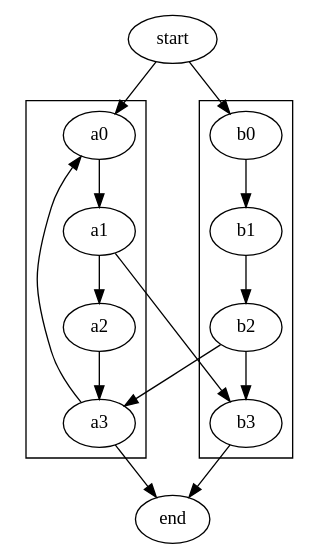
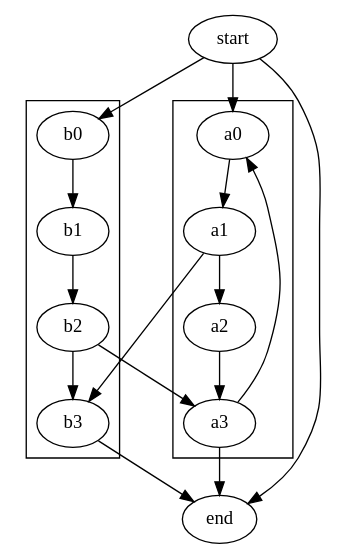
One commit to stefanrinderle/SoftViz3D changed the diagram in x3d/subgraph.dot. Above: the diagram before and after it, drawn with Graphviz. The commit also changed 5 other files, not shown here.

```diff
--- a/x3d/subgraph.dot
+++ b/x3d/subgraph.dot
@@ -1,15 +1,16 @@
 digraph G {
 	subgraph cluster_0 {
 		a0 -> a1 -> a2 -> a3;
 	}
 	subgraph cluster_1 {
 		b0 -> b1 -> b2 -> b3;
 	}
 	start -> a0;
 	start -> b0;
 	a1 -> b3;
 	b2 -> a3;
 	a3 -> a0;
 	a3 -> end;
 	b3 -> end;
+	start -> end;
 }
```
